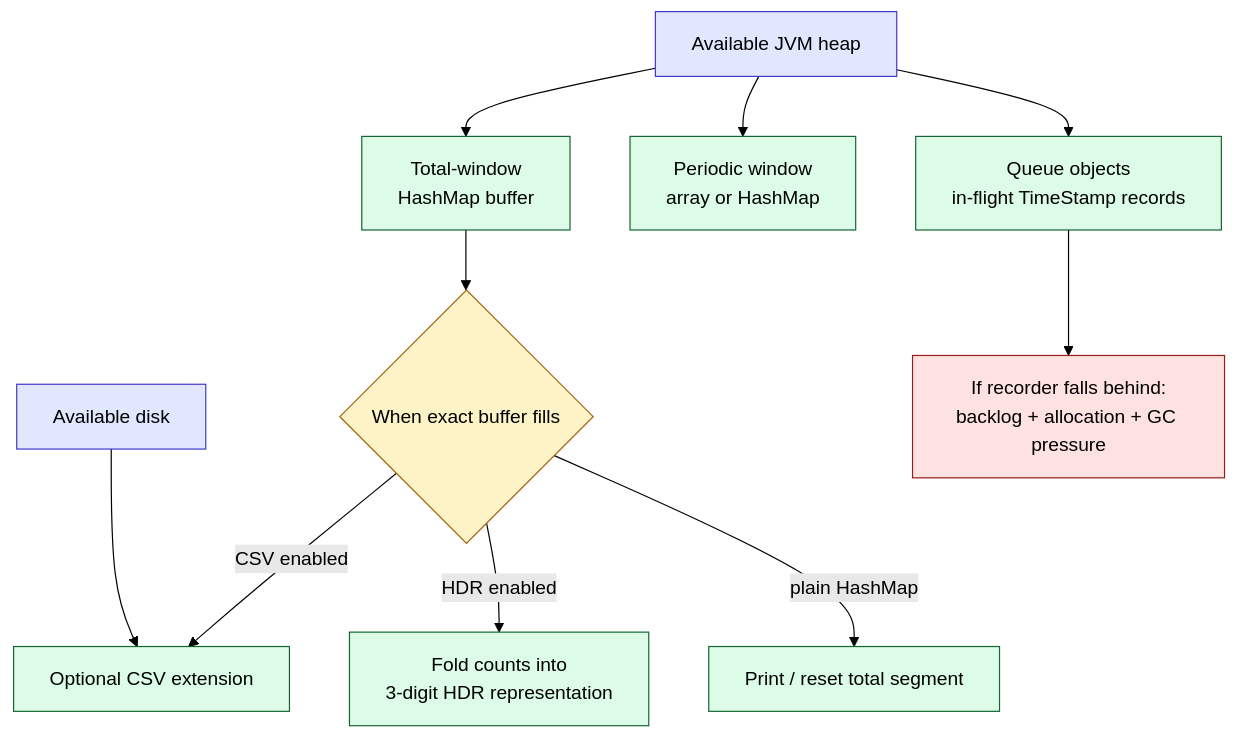
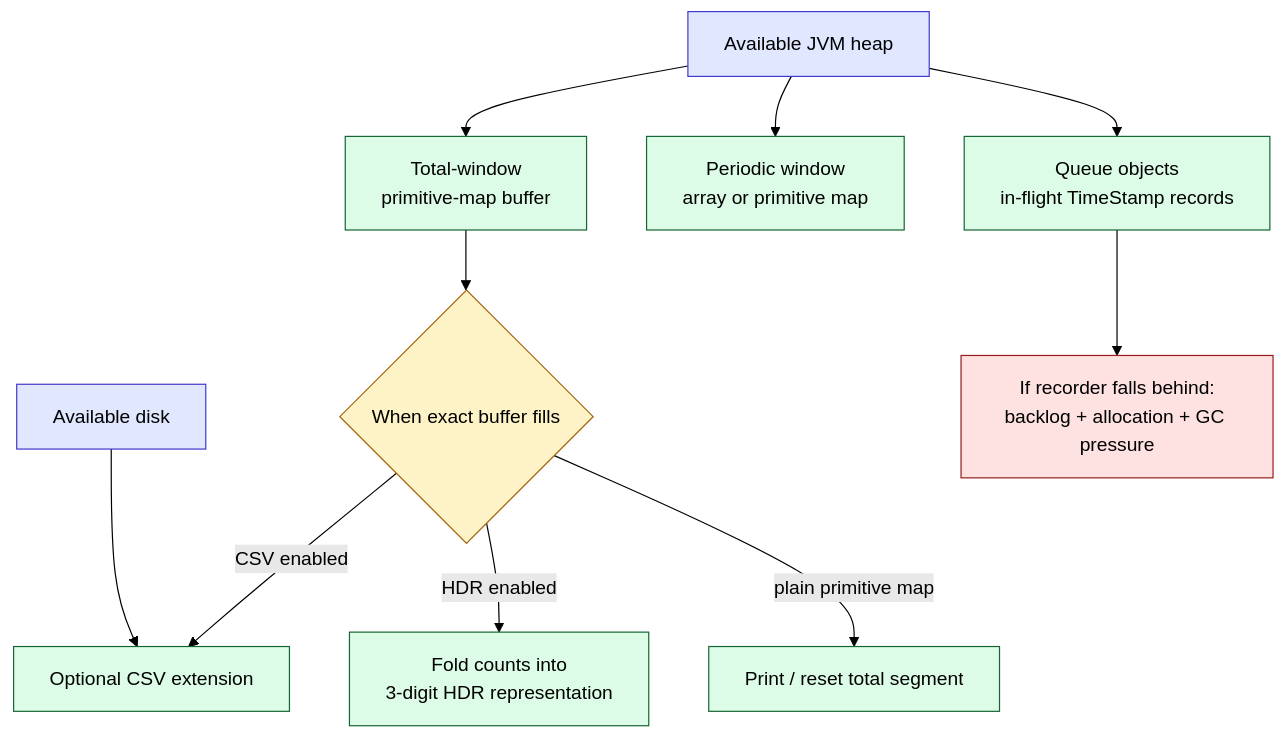
Diagram 29 of 42 in docs/sbk-internals.md (kmgowda/SBK), drawn with Mermaid (forest theme) before and after one commit. The commit also changed other lines of this file and 4 other files, not shown here.

````diff
--- a/docs/sbk-internals.md
+++ b/docs/sbk-internals.md
@@ -2126,21 +2131,21 @@
 ```mermaid
 flowchart TD
     HEAP["Available JVM heap"] --> QUEUE["Queue objects<br/>in-flight TimeStamp records"]
-    HEAP --> PERIODIC["Periodic window<br/>array or HashMap"]
-    HEAP --> TOTAL["Total-window<br/>HashMap buffer"]
+    HEAP --> PERIODIC["Periodic window<br/>array or primitive map"]
+    HEAP --> TOTAL["Total-window<br/>primitive-map buffer"]
     DISK["Available disk"] --> CSV["Optional CSV extension"]
     TOTAL --> MODE{"When exact buffer fills"}
-    MODE -->|plain HashMap| FLUSH["Print / reset total segment"]
+    MODE -->|plain primitive map| FLUSH["Print / reset total segment"]
     MODE -->|HDR enabled| HDR["Fold counts into<br/>3-digit HDR representation"]
     MODE -->|CSV enabled| CSV
     QUEUE --> PRESSURE["If recorder falls behind:<br/>backlog + allocation + GC pressure"]
 
     classDef resource fill:#e0e7ff,stroke:#4338ca,color:#000
     classDef structure fill:#dcfce7,stroke:#166534,color:#000
     classDef decision fill:#fef3c7,stroke:#a16207,color:#000
     classDef risk fill:#fee2e2,stroke:#991b1b,color:#000
     class HEAP,DISK resource
     class QUEUE,PERIODIC,TOTAL,HDR,CSV,FLUSH structure
     class MODE decision
     class PRESSURE risk
 ```
````
